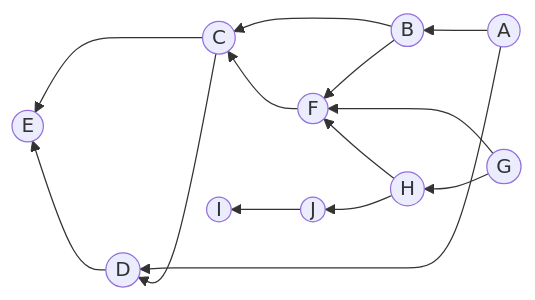
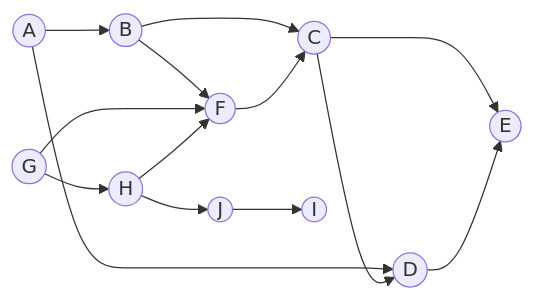
One commit to ukeSJTU/CS2602 changed diagram 11 of 11 in docs/Chapter5.md. Above: the diagram before and after it, drawn with Mermaid. The commit also changed other lines of this file and 12 other files, not shown here.

````diff
--- a/docs/Chapter5.md
+++ b/docs/Chapter5.md
@@ -695,16 +1327,16 @@
 ```mermaid
-graph RL
+graph LR
 A((A))-->B((B))
 A((A))-->D((D))
 B((B))-->C((C))
 B((B))-->F((F))
 C((C))-->D((D))
 C((C))-->E((E))
 D((D))-->E((E))
 F((F))-->C((C))
 G((G))-->F((F))
 G((G))-->H((H))
 H((H))-->F((F))
 H((H))-->J((J))
 J((J))-->I((I))
 ```
````
